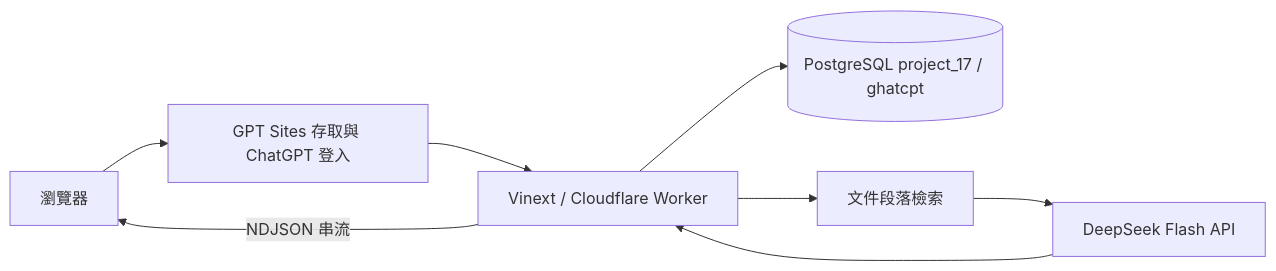
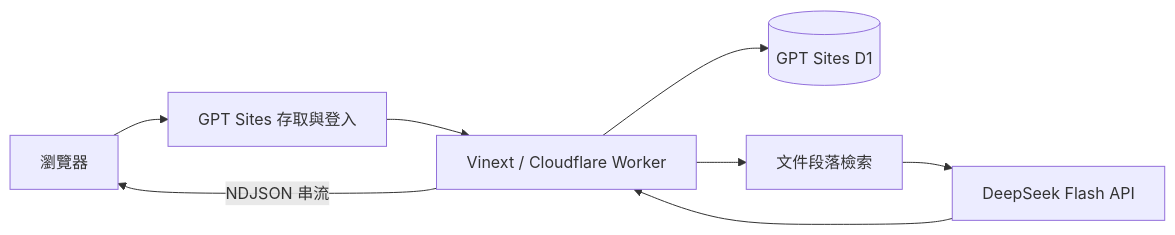
The diagram in docs/ARCHITECTURE.md (Davidsuwj/ghatcpt), drawn with Mermaid before and after one commit. The commit also changed other lines of this file and 25 other files, not shown here.

Commit message:
Restore GPT Sites D1 and document PostgreSQL retirement

````diff
--- a/docs/ARCHITECTURE.md
+++ b/docs/ARCHITECTURE.md
@@ -3,10 +3,10 @@
 ```mermaid
 flowchart LR
-    U[瀏覽器] --> S[GPT Sites 存取與 ChatGPT 登入]
+    U[瀏覽器] --> S[GPT Sites 存取與登入]
     S --> W[Vinext / Cloudflare Worker]
-    W --> P[(PostgreSQL project_17 / ghatcpt)]
+    W --> D[(GPT Sites D1)]
     W --> R[文件段落檢索]
     R --> A[DeepSeek Flash API]
     A --> W
     W -->|NDJSON 串流| U
 ```
````
